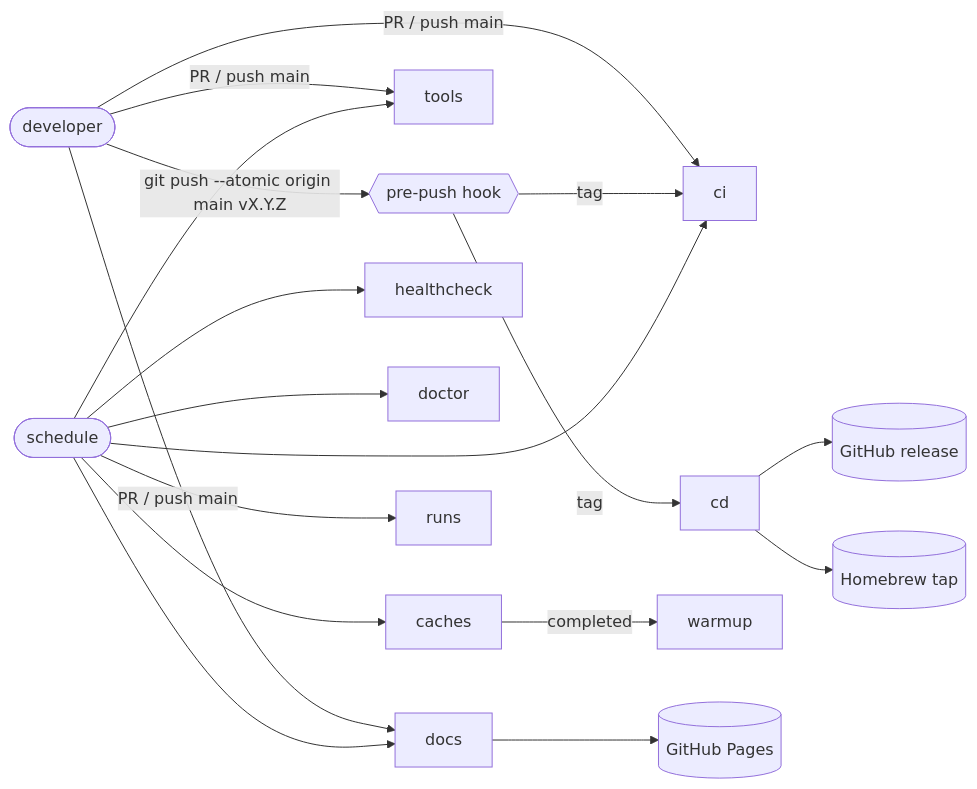
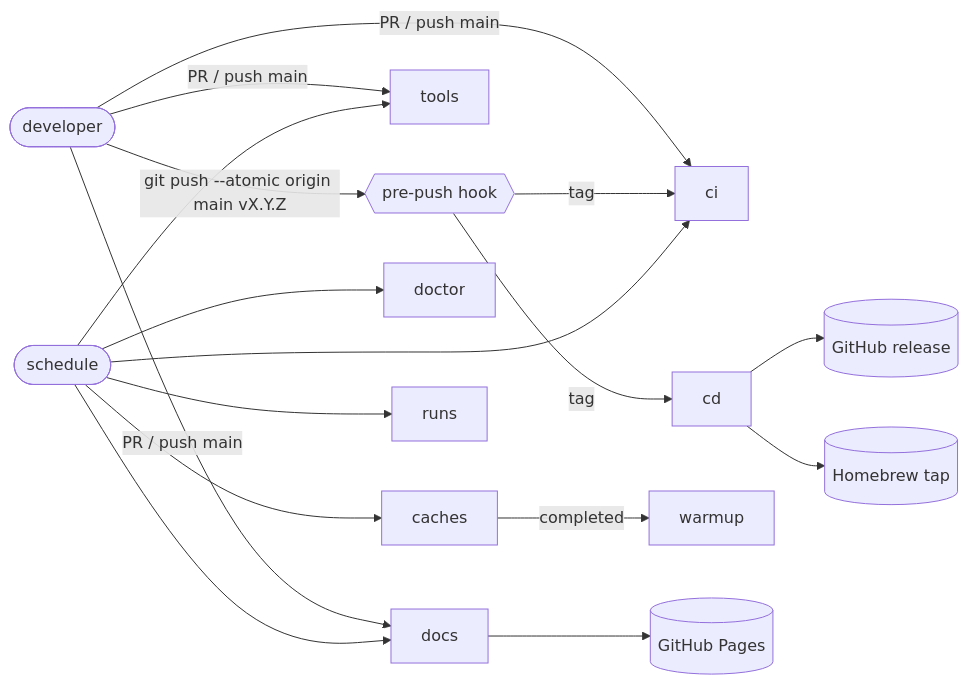
Before and after one commit to octomation/maintainer: the first of 9 diagrams in .github/workflows/README.md, drawn with Mermaid. The commit also changed other lines of this file and 28 other files, not shown here.

Commit message:
fix(contribution): read the calendar through the GraphQL API, closes #457

````diff
--- a/.github/workflows/README.md
+++ b/.github/workflows/README.md
@@ -17,10 +16,10 @@
 ```mermaid
 flowchart LR
   dev([developer]) -- PR / push main --> ci & docs & tools
   dev -- "git push --atomic origin main vX.Y.Z" --> hook{{pre-push hook}}
   hook -- tag --> cd & ci
-  cron([schedule]) --> ci & healthcheck & docs & tools & doctor & caches & runs
+  cron([schedule]) --> ci & docs & tools & doctor & caches & runs
   caches -- completed --> warmup
   cd --> release[(GitHub release)] & tap[(Homebrew tap)]
   docs --> pages[(GitHub Pages)]
 ```
````
